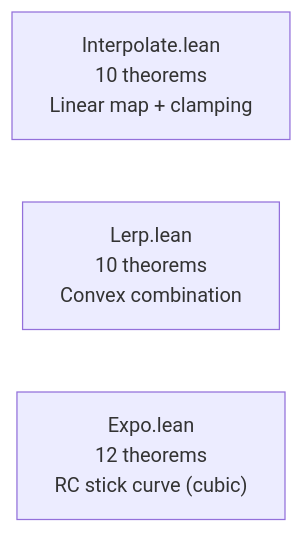
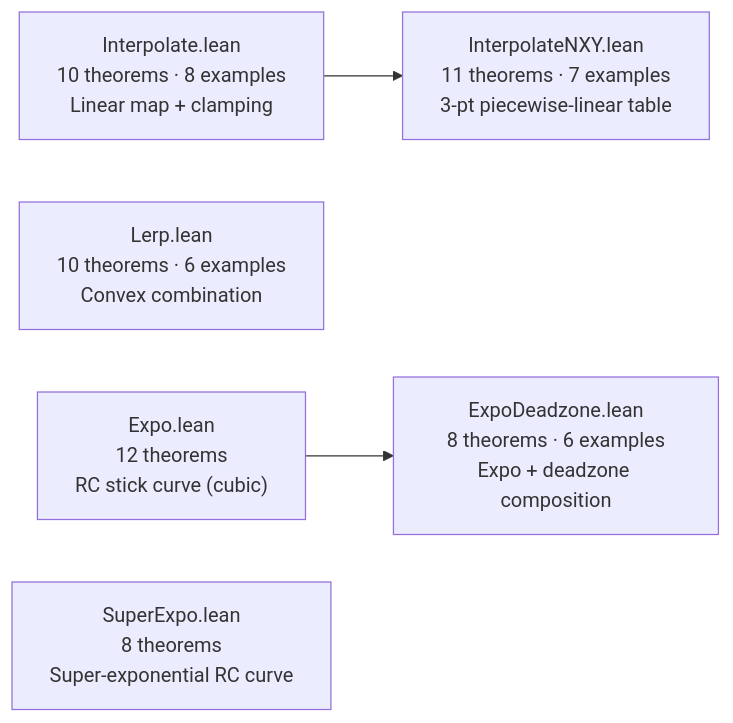
One commit to dsyme/PX4-Autopilot changed the fourth of 11 diagrams in formal-verification/REPORT.md. Above: the diagram before and after it, drawn with Mermaid. The commit also changed other lines of this file and 3 other files, not shown here.

First line of the commit message:
feat(fv): add ExpoDeadzone Lean spec + update REPORT.md (run34)

````diff
--- a/formal-verification/REPORT.md
+++ b/formal-verification/REPORT.md
@@ -94,6 +96,11 @@
 ```mermaid
 graph LR
-    IN["Interpolate.lean<br/>10 theorems<br/>Linear map + clamping"]
-    LR["Lerp.lean<br/>10 theorems<br/>Convex combination"]
+    IN["Interpolate.lean<br/>10 theorems · 8 examples<br/>Linear map + clamping"]
+    LR["Lerp.lean<br/>10 theorems · 6 examples<br/>Convex combination"]
     EX["Expo.lean<br/>12 theorems<br/>RC stick curve (cubic)"]
+    SE["SuperExpo.lean<br/>8 theorems<br/>Super-exponential RC curve"]
+    ED["ExpoDeadzone.lean<br/>8 theorems · 6 examples<br/>Expo + deadzone composition"]
+    NXY["InterpolateNXY.lean<br/>11 theorems · 7 examples<br/>3-pt piecewise-linear table"]
+    IN --> NXY
+    EX --> ED
 ```
````
